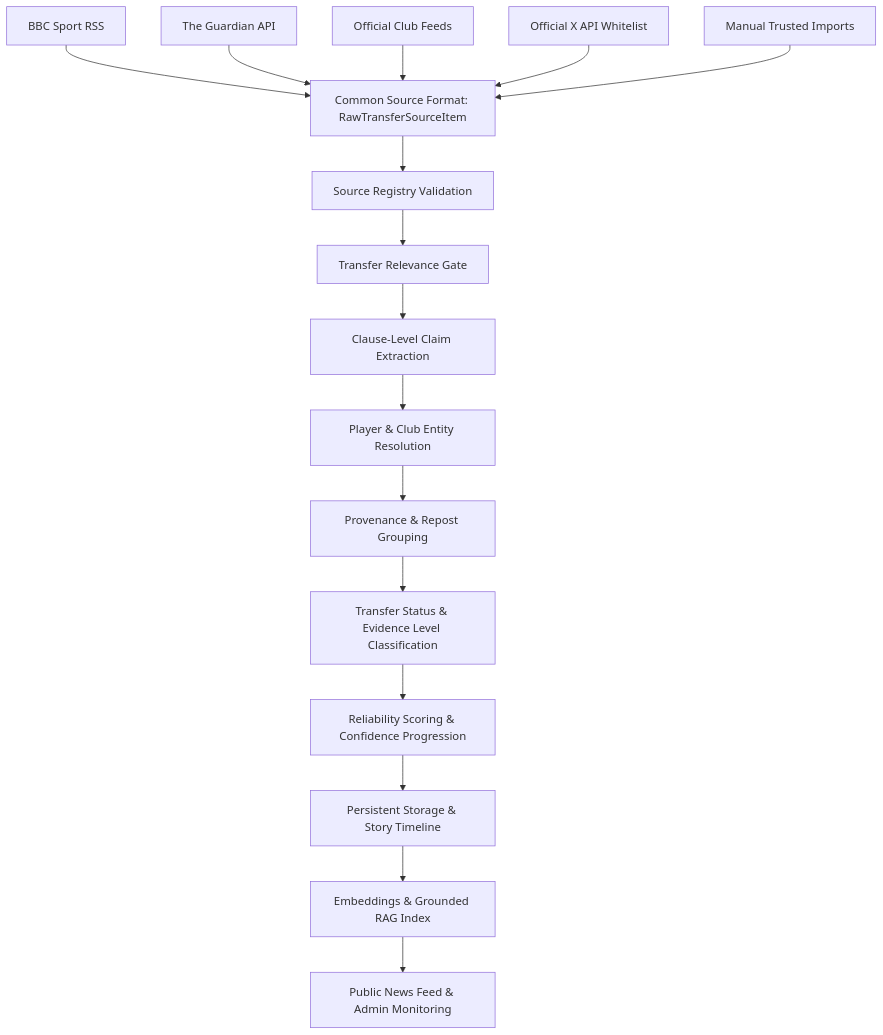
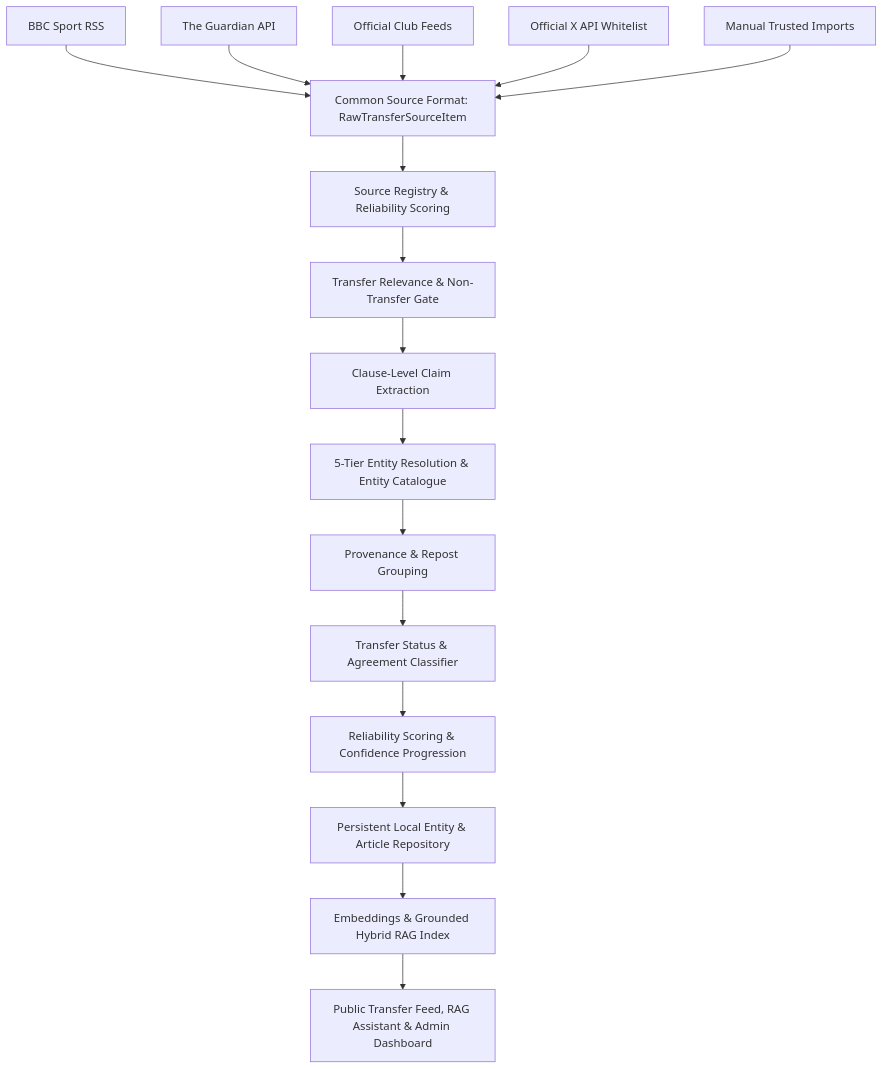
Before and after one commit to parajulimanish07/footballTransferTracker: the diagram in README.md, drawn with Mermaid. The commit also changed other lines of this file and 123 other files, not shown here.

````diff
--- a/README.md
+++ b/README.md
@@ -11,19 +11,19 @@
 ```mermaid
 graph TD
   A[BBC Sport RSS] --> F[Common Source Format: RawTransferSourceItem]
   B[The Guardian API] --> F
   C[Official Club Feeds] --> F
   D[Official X API Whitelist] --> F
   E[Manual Trusted Imports] --> F
 
-  F --> G[Source Registry Validation]
-  G --> H[Transfer Relevance Gate]
+  F --> G[Source Registry & Reliability Scoring]
+  G --> H[Transfer Relevance & Non-Transfer Gate]
   H --> I[Clause-Level Claim Extraction]
-  I --> J[Player & Club Entity Resolution]
+  I --> J[5-Tier Entity Resolution & Entity Catalogue]
   J --> K[Provenance & Repost Grouping]
-  K --> L[Transfer Status & Evidence Level Classification]
+  K --> L[Transfer Status & Agreement Classifier]
   L --> M[Reliability Scoring & Confidence Progression]
-  M --> N[Persistent Storage & Story Timeline]
-  N --> O[Embeddings & Grounded RAG Index]
-  O --> P[Public News Feed & Admin Monitoring]
+  M --> N[Persistent Local Entity & Article Repository]
+  N --> O[Embeddings & Grounded Hybrid RAG Index]
+  O --> P[Public Transfer Feed, RAG Assistant & Admin Dashboard]
 ```
````
